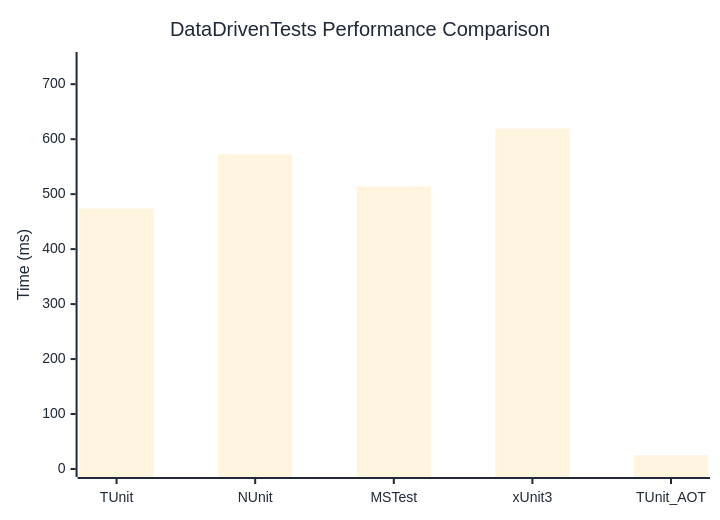
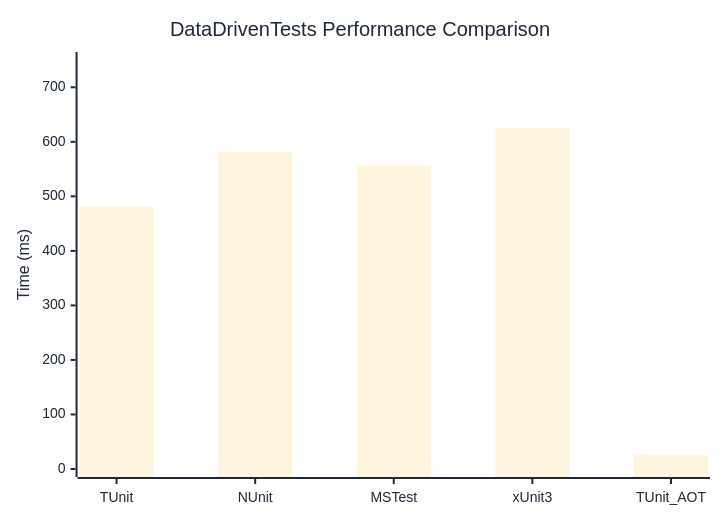
Before and after one commit to thomhurst/TUnit: the diagram in docs/docs/benchmarks/DataDrivenTests.md, drawn with Mermaid. The commit also changed other lines of this file and 17 other files, not shown here.

````diff
--- a/docs/docs/benchmarks/DataDrivenTests.md
+++ b/docs/docs/benchmarks/DataDrivenTests.md
@@ -27,37 +27,37 @@
 ```mermaid
 %%{init: {
   'theme':'base',
   'themeVariables': {
     'primaryColor': '#2563eb',
     'primaryTextColor': '#1f2937',
     'primaryBorderColor': '#1e40af',
     'lineColor': '#6b7280',
     'secondaryColor': '#7c3aed',
     'tertiaryColor': '#dc2626',
     'background': '#ffffff',
     'mainBkg': '#2563eb',
     'secondBkg': '#7c3aed',
     'tertiaryBkg': '#dc2626',
     'clusterBkg': '#f3f4f6',
     'edgeLabelBackground': '#ffffff',
     'tertiaryTextColor': '#1f2937',
     'pie1': '#2563eb',
     'pie2': '#7c3aed',
     'pie3': '#dc2626',
     'pie4': '#f59e0b',
     'pie5': '#10b981',
     'pie6': '#06b6d4',
     'pie7': '#ec4899',
     'pie8': '#6366f1',
     'pie9': '#84cc16',
     'pie10': '#f97316',
     'pie11': '#14b8a6',
     'pie12': '#a855f7'
   }
 }}%%
 xychart-beta
   title "DataDrivenTests Performance Comparison"
   x-axis ["TUnit", "NUnit", "MSTest", "xUnit3", "TUnit_AOT"]
-  y-axis "Time (ms)" 0 --> 744
-  bar [473.71, 572.35, 513.78, 619.4, 25.17]
+  y-axis "Time (ms)" 0 --> 750
+  bar [481.19, 581.32, 556.5, 624.51, 25.31]
 ```
````
